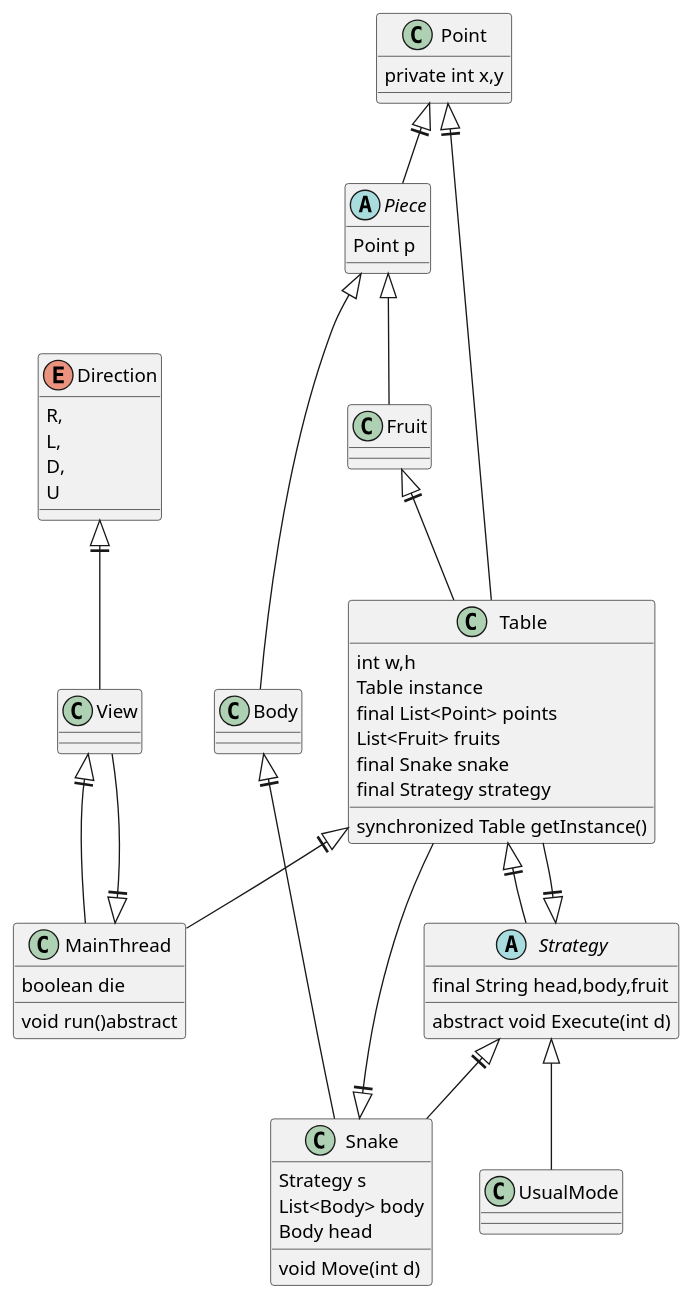
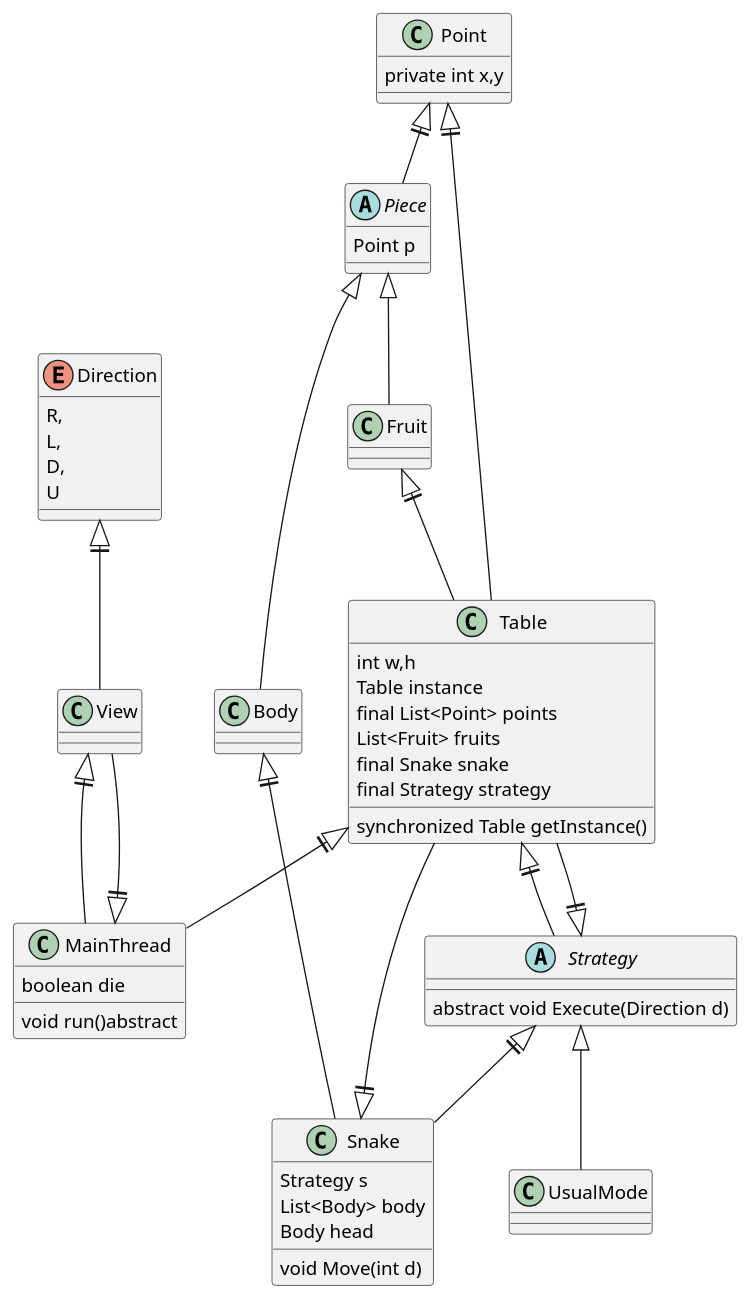
The diagram in src/main/resources/Core Diagram.puml (amirhsz/Snake), drawn with PlantUML before and after one commit. The commit also changed 1 other file, not shown here.

```diff
--- a/src/main/resources/Core Diagram.puml
+++ b/src/main/resources/Core Diagram.puml
@@ -1,83 +1,81 @@
 @startuml
 'https://plantuml.com/class-diagram
 
 enum Direction{
     R,
     L,
     D,
     U
 }
 
 abstract Piece{
     Point p
     'Constructor, Getter and Setter for p
 }
 
 class Fruit{
 
 }
 
 class Body{
 
 }
 
 class Point{
     private int x,y
     'Constructor, Getter and Setter for x, y;
 }
 
 class Table{
     int w,h
     Table instance
     'Constructor, Getter and Setter for x, y;
     final List<Point> points
     List<Fruit> fruits
     final Snake snake
     final Strategy strategy
     'Constructor
     synchronized Table getInstance()
 }
 
 class Snake{
     Strategy s
     List<Body> body
     void Move(int d)
     Body head
 
 }
 
 abstract Strategy{
-    final String head,body,fruit
-    'Getter and Setter
-    abstract void Execute(int d)
+    abstract void Execute(Direction d)
     'If died set die value true in MainThread
 }
 
 class UsualMode{
 
 }
 
 class MainThread{
     boolean die
     void run()abstract
 }
 
 Point<||-- Table
 Snake<||-- Table
 Fruit<||-- Table
 Strategy<||--Snake
 Point<||--Piece
 Body<||--Snake
 Table<||--MainThread
 Table<||--Strategy
 Strategy<||--Table
 MainThread<||--View
 View<||--MainThread
 Direction<||--View
 'View means our GUI
 
 Piece<|-- Fruit
 Piece<|-- Body
 Strategy<|-- UsualMode
 
 @enduml
```
